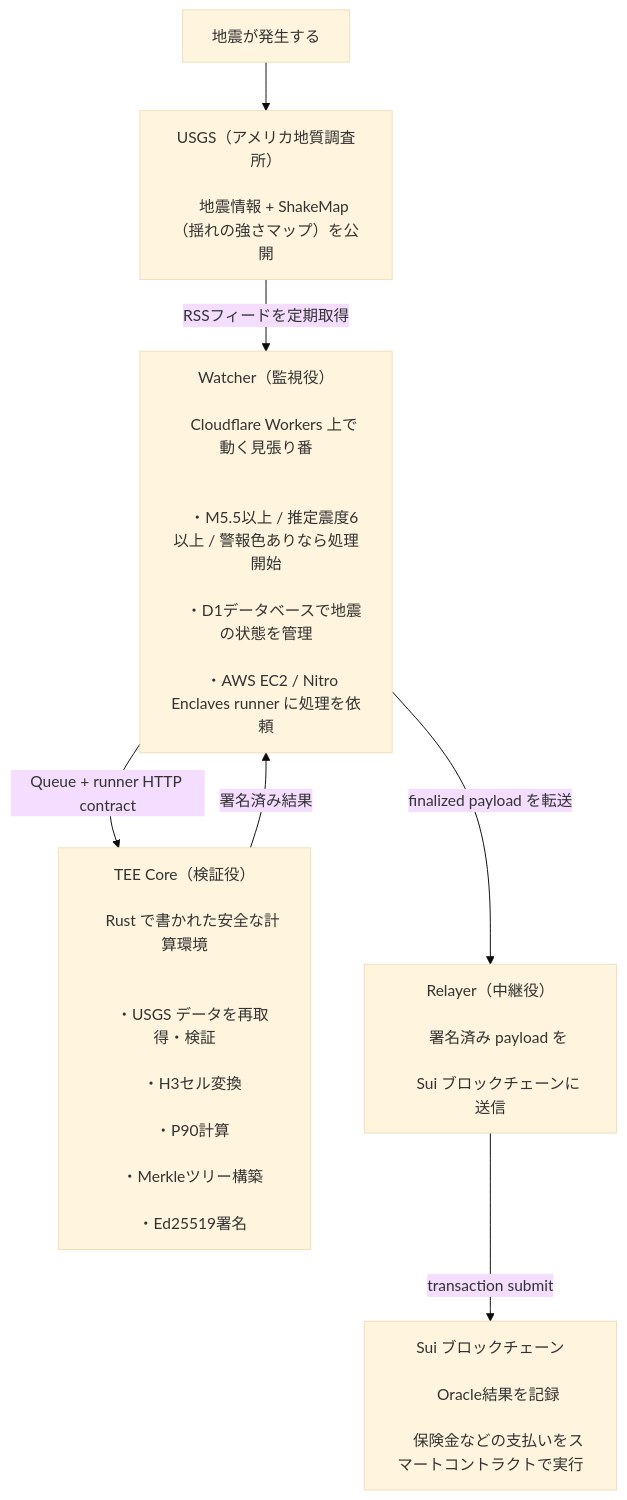
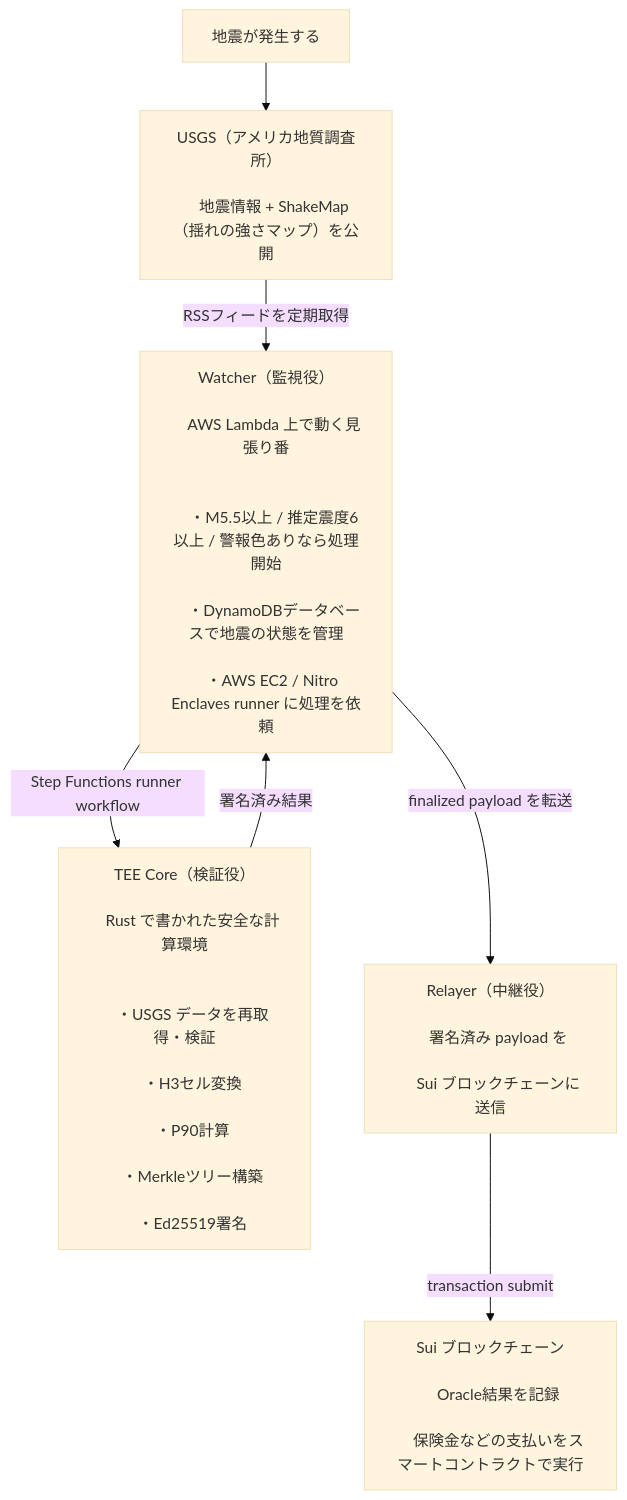
Before and after one commit to UnagiLabs/Sonari: the first of 2 diagrams in nautilus/verifiers/disaster/README.md, drawn with Mermaid (base theme). The commit also changed other lines of this file and 9 other files, not shown here.

````diff
--- a/nautilus/verifiers/disaster/README.md
+++ b/nautilus/verifiers/disaster/README.md
@@ -21,46 +21,46 @@
 ```mermaid
 flowchart TD
   quake[地震が発生する]
 
   usgs[
     USGS（アメリカ地質調査所）<br/>
     地震情報 + ShakeMap（揺れの強さマップ）を公開
   ]
 
   watcher[
     Watcher（監視役）<br/>
-    Cloudflare Workers 上で動く見張り番<br/><br/>
+    AWS Lambda 上で動く見張り番<br/><br/>
     ・M5.5以上 / 推定震度6以上 / 警報色ありなら処理開始<br/>
-    ・D1データベースで地震の状態を管理<br/>
+    ・DynamoDBデータベースで地震の状態を管理<br/>
     ・AWS EC2 / Nitro Enclaves runner に処理を依頼
   ]
 
   tee[
     TEE Core（検証役）<br/>
     Rust で書かれた安全な計算環境<br/><br/>
     ・USGS データを再取得・検証<br/>
     ・H3セル変換<br/>
     ・P90計算<br/>
     ・Merkleツリー構築<br/>
     ・Ed25519署名
   ]
 
   relayer[
     Relayer（中継役）<br/>
     署名済み payload を<br/>
     Sui ブロックチェーンに送信
   ]
 
   sui[
     Sui ブロックチェーン<br/>
     Oracle結果を記録<br/>
     保険金などの支払いをスマートコントラクトで実行
   ]
 
   quake --> usgs
   usgs -->|RSSフィードを定期取得| watcher
-  watcher -->|Queue + runner HTTP contract| tee
+  watcher -->|Step Functions runner workflow| tee
   tee -->|署名済み結果| watcher
   watcher -->|finalized payload を転送| relayer
   relayer -->|transaction submit| sui
 ```
````
